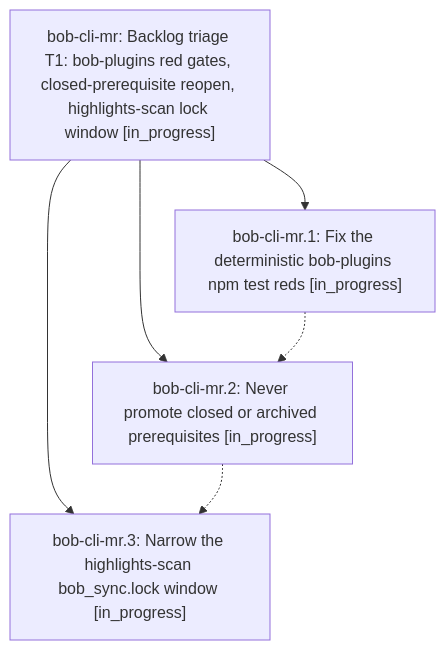
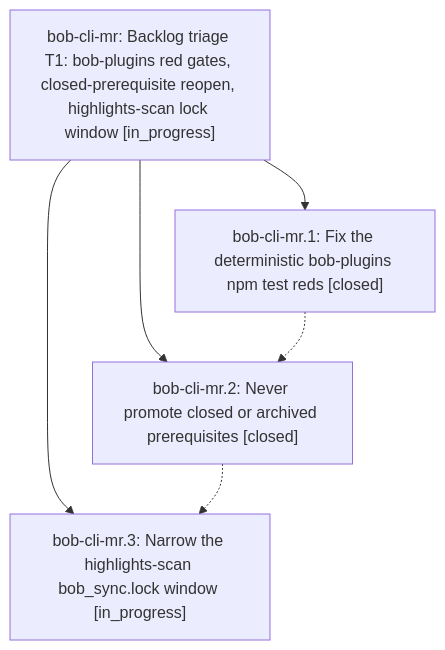
Before and after one commit to bobs-org/bob-cli--beads: the diagram in pages/bob-cli-mr/README.md, drawn with Mermaid. The commit also changed other lines of this file and 3 other files, not shown here.

First line of the commit message:
chore(beads): sync bead state and pages for bob-cli-mr

````diff
--- a/pages/bob-cli-mr/README.md
+++ b/pages/bob-cli-mr/README.md
@@ -24,12 +36,12 @@
 ```mermaid
 flowchart TD
     n0["bob-cli-mr: Backlog triage T1: bob-plugins red gates, closed-prerequisite reopen, highlights-scan lock window [in_progress]"]
-    n1["bob-cli-mr.1: Fix the deterministic bob-plugins npm test reds [in_progress]"]
-    n2["bob-cli-mr.2: Never promote closed or archived prerequisites [in_progress]"]
+    n1["bob-cli-mr.1: Fix the deterministic bob-plugins npm test reds [closed]"]
+    n2["bob-cli-mr.2: Never promote closed or archived prerequisites [closed]"]
     n3["bob-cli-mr.3: Narrow the highlights-scan bob_sync.lock window [in_progress]"]
     n0 --> n1
     n0 --> n2
     n0 --> n3
     n1 -.-> n2
     n2 -.-> n3
 ```
````
